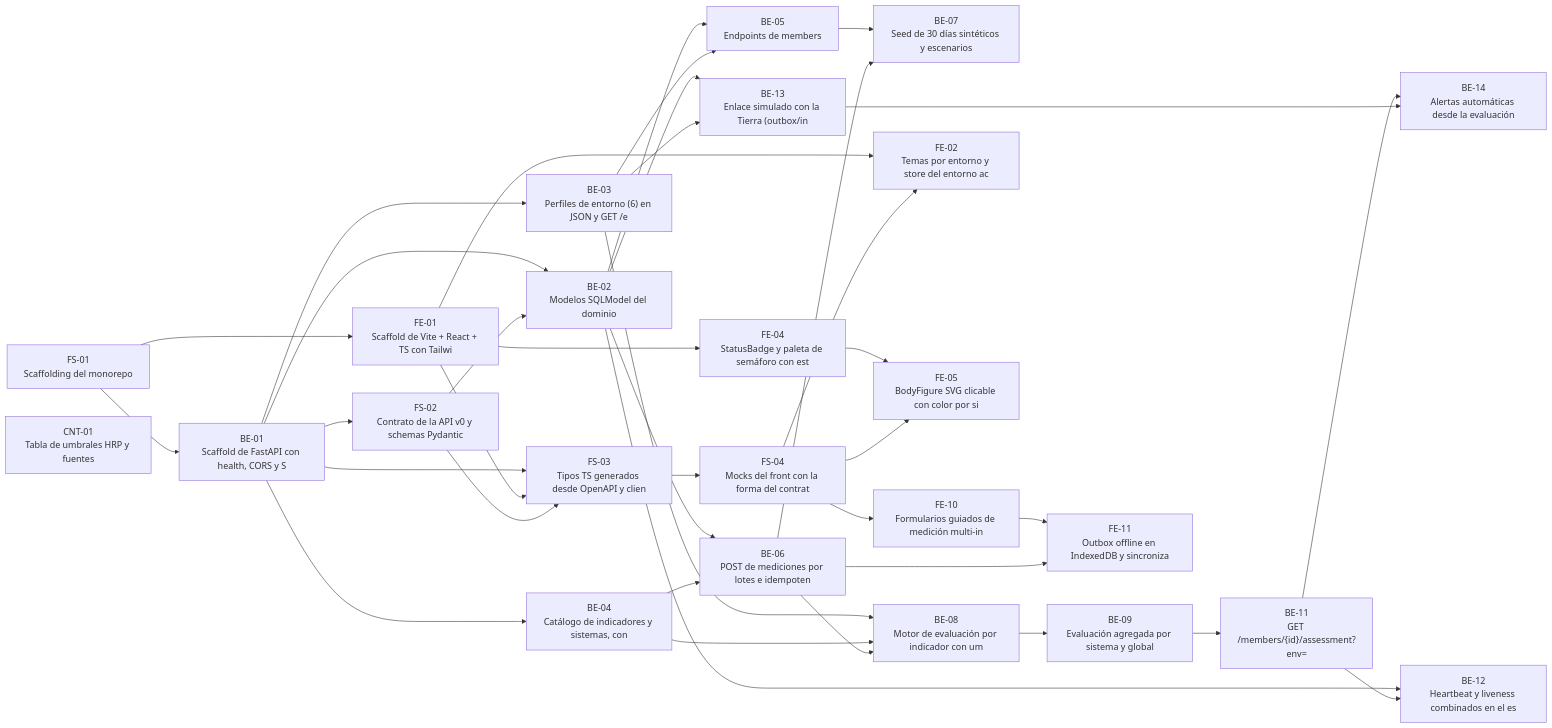
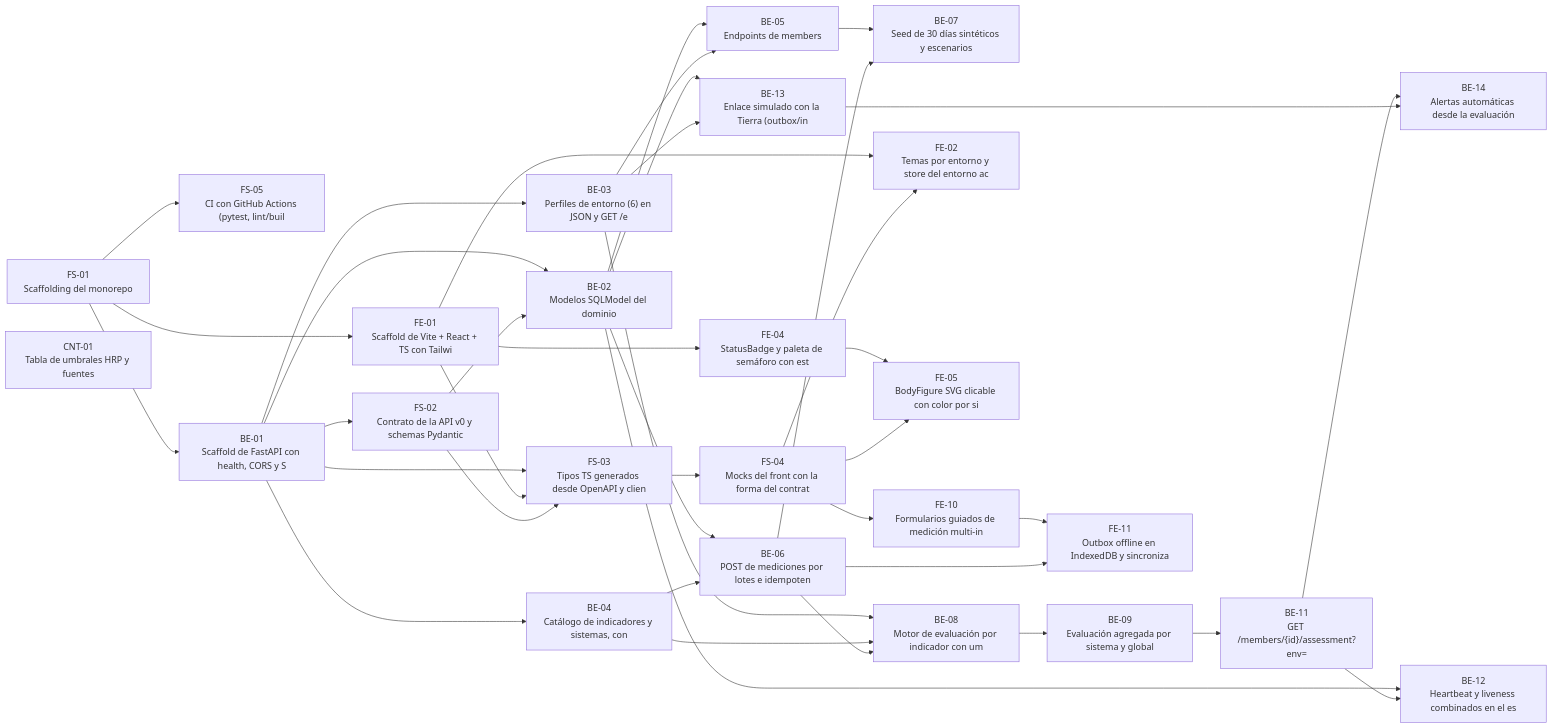
One commit to NASAHACKATON2026FTHEALTH42U/RUOK changed the diagram in docs/backlog.md. Above: the diagram before and after it, drawn with Mermaid. The commit also changed other lines of this file and 4 other files, not shown here.

Commit message:
ci: GitHub Actions (backend, frontend, contrato API) + issue FS-05

````diff
--- a/docs/backlog.md
+++ b/docs/backlog.md
@@ -97,63 +98,65 @@
 ```mermaid
 graph LR
   FS_01["FS-01<br/>Scaffolding del monorepo"]
+  FS_05["FS-05<br/>CI con GitHub Actions (pytest, lint/buil"]
+  FS_01 --> FS_05
   BE_01["BE-01<br/>Scaffold de FastAPI con health, CORS y S"]
   FS_01 --> BE_01
   FE_01["FE-01<br/>Scaffold de Vite + React + TS con Tailwi"]
   FS_01 --> FE_01
   FS_02["FS-02<br/>Contrato de la API v0 y schemas Pydantic"]
   BE_01 --> FS_02
   FS_03["FS-03<br/>Tipos TS generados desde OpenAPI y clien"]
   BE_01 --> FS_03
   FE_01 --> FS_03
   FS_02 --> FS_03
   FS_04["FS-04<br/>Mocks del front con la forma del contrat"]
   FS_03 --> FS_04
   BE_02["BE-02<br/>Modelos SQLModel del dominio"]
   BE_01 --> BE_02
   FS_02 --> BE_02
   BE_03["BE-03<br/>Perfiles de entorno (6) en JSON y GET /e"]
   BE_01 --> BE_03
   BE_04["BE-04<br/>Catálogo de indicadores y sistemas, con "]
   BE_01 --> BE_04
   CNT_01["CNT-01<br/>Tabla de umbrales HRP y fuentes"]
   BE_05["BE-05<br/>Endpoints de members"]
   BE_02 --> BE_05
   BE_03 --> BE_05
   BE_06["BE-06<br/>POST de mediciones por lotes e idempoten"]
   BE_02 --> BE_06
   BE_04 --> BE_06
   BE_07["BE-07<br/>Seed de 30 días sintéticos y escenarios "]
   BE_05 --> BE_07
   BE_06 --> BE_07
   BE_08["BE-08<br/>Motor de evaluación por indicador con um"]
   BE_03 --> BE_08
   BE_04 --> BE_08
   BE_06 --> BE_08
   BE_09["BE-09<br/>Evaluación agregada por sistema y global"]
   BE_08 --> BE_09
   BE_11["BE-11<br/>GET /members/{id}/assessment?env="]
   BE_09 --> BE_11
   FE_02["FE-02<br/>Temas por entorno y store del entorno ac"]
   FE_01 --> FE_02
   FS_04 --> FE_02
   FE_04["FE-04<br/>StatusBadge y paleta de semáforo con est"]
   FE_01 --> FE_04
   FE_05["FE-05<br/>BodyFigure SVG clicable con color por si"]
   FE_04 --> FE_05
   FS_04 --> FE_05
   FE_10["FE-10<br/>Formularios guiados de medición multi-in"]
   FS_04 --> FE_10
   BE_13["BE-13<br/>Enlace simulado con la Tierra (outbox/in"]
   BE_02 --> BE_13
   BE_03 --> BE_13
   BE_14["BE-14<br/>Alertas automáticas desde la evaluación "]
   BE_11 --> BE_14
   BE_13 --> BE_14
   BE_12["BE-12<br/>Heartbeat y liveness combinados en el es"]
   BE_02 --> BE_12
   BE_11 --> BE_12
   FE_11["FE-11<br/>Outbox offline en IndexedDB y sincroniza"]
   FE_10 --> FE_11
   BE_06 --> FE_11
 ```
````
